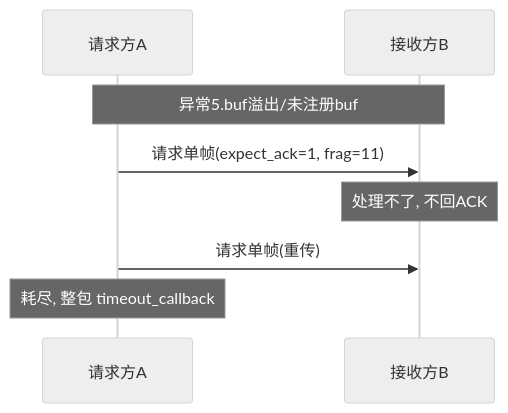
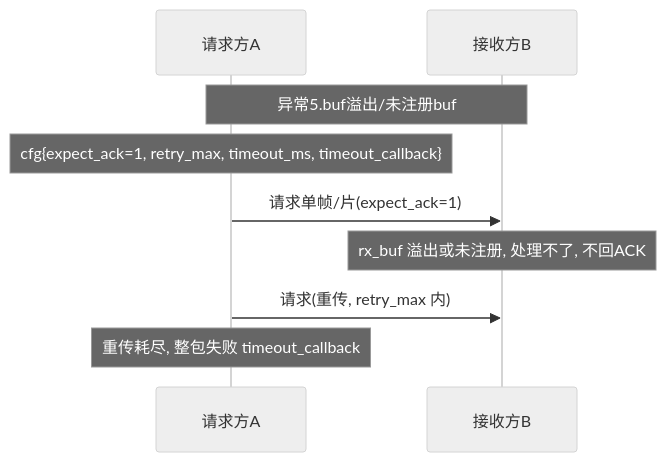
Diagram 12 of 14 in 工作/项目/代码/260401S3分拣面板-SIA-R9000P.md (Siaiai/ObsidianNote), drawn with Mermaid (neutral theme) before and after one commit. The commit also changed other lines of this file and 1 other file, not shown here.

````diff
--- a/工作/项目/代码/260401S3分拣面板-SIA-R9000P.md
+++ b/工作/项目/代码/260401S3分拣面板-SIA-R9000P.md
@@ -246,10 +274,11 @@
 ```mermaid
 sequenceDiagram
     participant A as 请求方A
     participant B as 接收方B
     Note over A,B: 异常5.buf溢出/未注册buf
-    A->>B: 请求单帧(expect_ack=1, frag=11)
-    Note over B: 处理不了, 不回ACK
-    A->>B: 请求单帧(重传)
-    Note over A: 耗尽, 整包 timeout_callback
+    Note over A: cfg{expect_ack=1, retry_max, timeout_ms, timeout_callback}
+    A->>B: 请求单帧/片(expect_ack=1)
+    Note over B: rx_buf 溢出或未注册, 处理不了, 不回ACK
+    A->>B: 请求(重传, retry_max 内)
+    Note over A: 重传耗尽, 整包失败 timeout_callback
 ```
````
